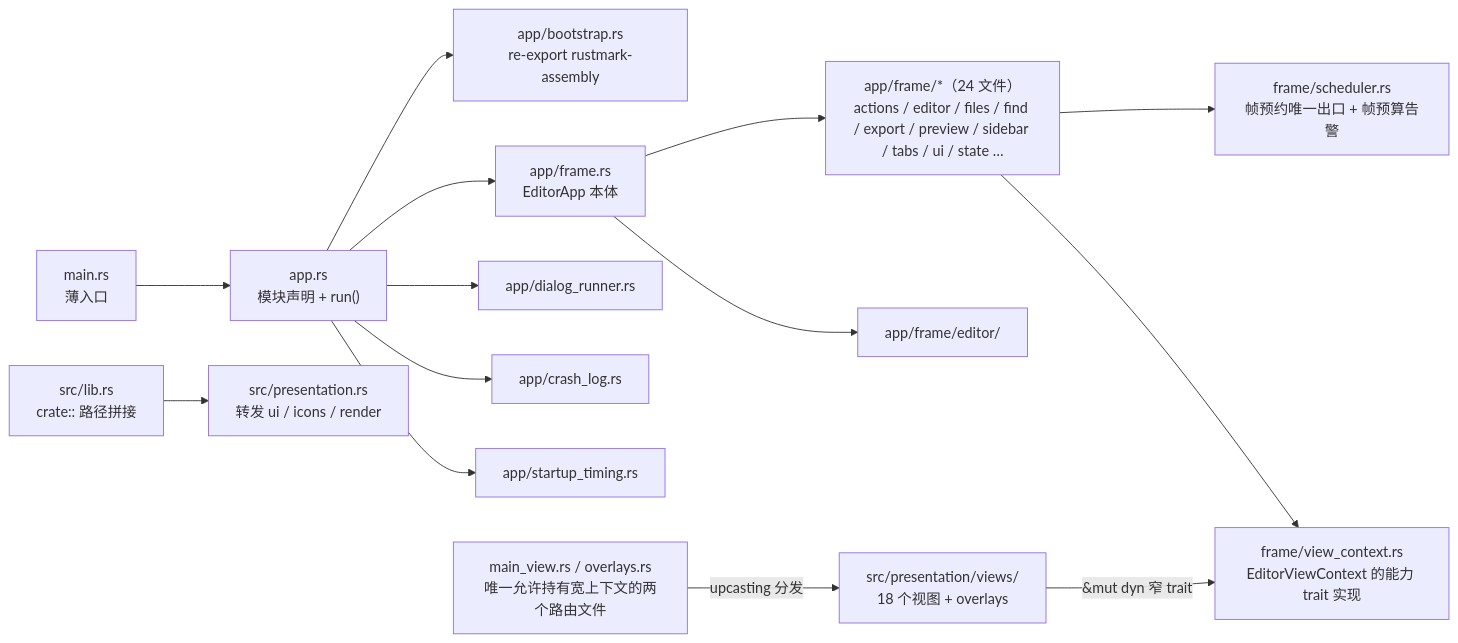
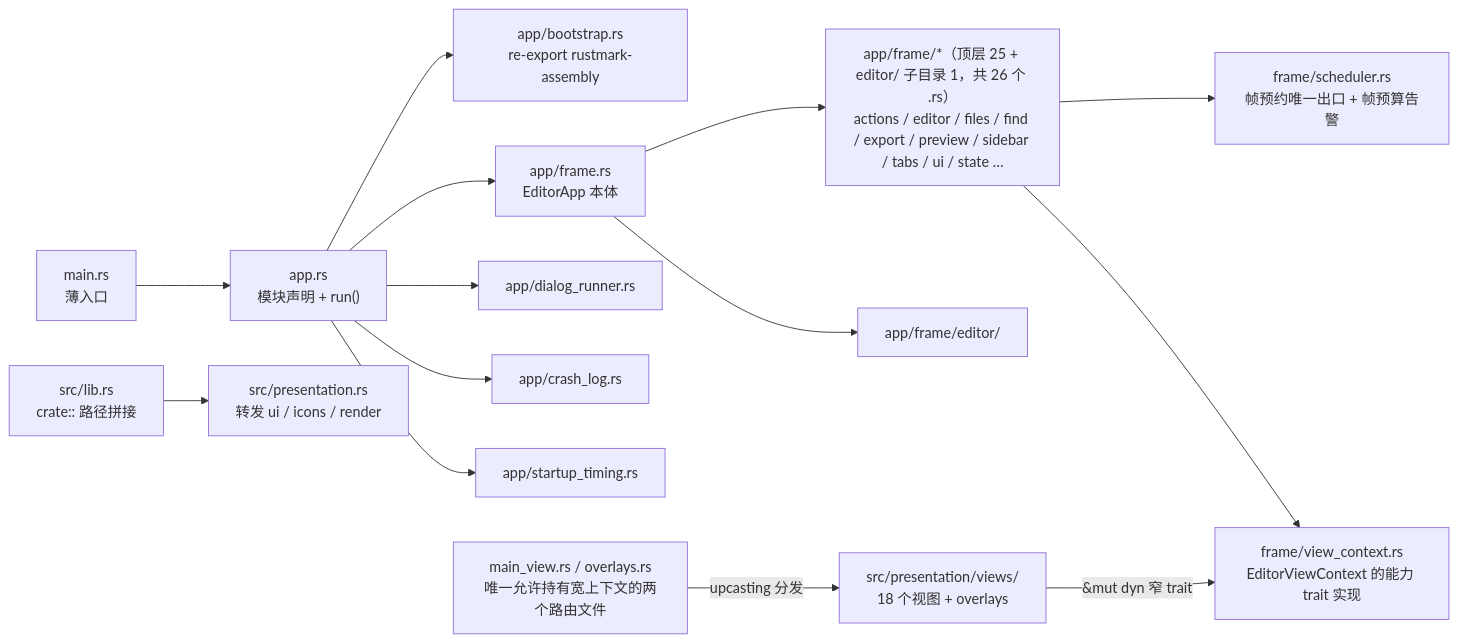
Before and after one commit to RyenLee/rustmark: the third of 7 diagrams in docs/diagrams/project-relationship-map.md, drawn with Mermaid. The commit also changed other lines of this file and 4 other files, not shown here.

````diff
--- a/docs/diagrams/project-relationship-map.md
+++ b/docs/diagrams/project-relationship-map.md
@@ -129,19 +129,19 @@
 ```mermaid
 flowchart LR
     main["main.rs<br/>薄入口"] --> approot["app.rs<br/>模块声明 + run()"]
     approot --> boot["app/bootstrap.rs<br/>re-export rustmark-assembly"]
     approot --> frame["app/frame.rs<br/>EditorApp 本体"]
     approot --> dlg["app/dialog_runner.rs"]
     approot --> crash["app/crash_log.rs"]
     approot --> timing["app/startup_timing.rs"]
 
-    frame --> framesub["app/frame/*（24 文件）<br/>actions / editor / files / find / export / preview / sidebar / tabs / ui / state …"]
+    frame --> framesub["app/frame/*（顶层 25 + editor/ 子目录 1，共 26 个 .rs）<br/>actions / editor / files / find / export / preview / sidebar / tabs / ui / state …"]
     frame --> frameeditor["app/frame/editor/"]
     framesub --> sched["frame/scheduler.rs<br/>帧预约唯一出口 + 帧预算告警"]
     framesub --> vctx["frame/view_context.rs<br/>EditorViewContext 的能力 trait 实现"]
 
     views["src/presentation/views/<br/>18 个视图 + overlays"] -->|"&mut dyn 窄 trait"| vctx
     router["main_view.rs / overlays.rs<br/>唯一允许持有宽上下文的两个路由文件"] -->|"upcasting 分发"| views
 
     lib["src/lib.rs<br/>crate:: 路径拼接"] --> presre["src/presentation.rs<br/>转发 ui / icons / render"]
 ```
````
